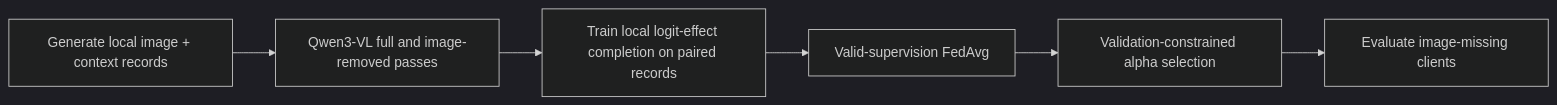
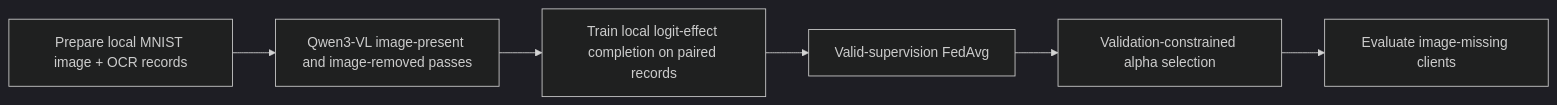
Before and after one commit to NVIDIA/NVFlare: the diagram in research/fedcore/README.md, drawn with Mermaid (dark theme). The commit also changed other lines of this file and 12 other files, not shown here.

````diff
--- a/research/fedcore/README.md
+++ b/research/fedcore/README.md
@@ -50,8 +52,8 @@
 ```mermaid
 flowchart LR
-    A[Generate local image + context records] --> B[Qwen3-VL full and image-removed passes]
+    A[Prepare local MNIST image + OCR records] --> B[Qwen3-VL image-present and image-removed passes]
     B --> C[Train local logit-effect completion on paired records]
     C --> D[Valid-supervision FedAvg]
     D --> E[Validation-constrained alpha selection]
     E --> F[Evaluate image-missing clients]
 ```
````
